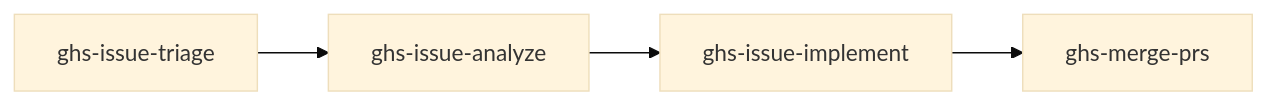
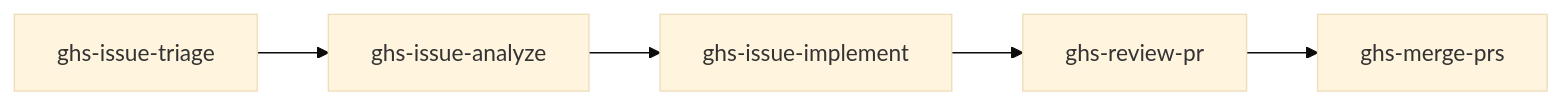
One commit to Atypical-Consulting/GitHubSkills changed the second of 3 diagrams in docs/skills/index.md. Above: the diagram before and after it, drawn with Mermaid (base theme). The commit also changed other lines of this file and 10 other files, not shown here.

````diff
--- a/docs/skills/index.md
+++ b/docs/skills/index.md
@@ -28,6 +28,7 @@
 ```mermaid
 flowchart LR
     triage[ghs-issue-triage] --> analyze[ghs-issue-analyze]
     analyze --> implement[ghs-issue-implement]
-    implement --> merge[ghs-merge-prs]
+    implement --> review[ghs-review-pr]
+    review --> merge[ghs-merge-prs]
 ```
````
